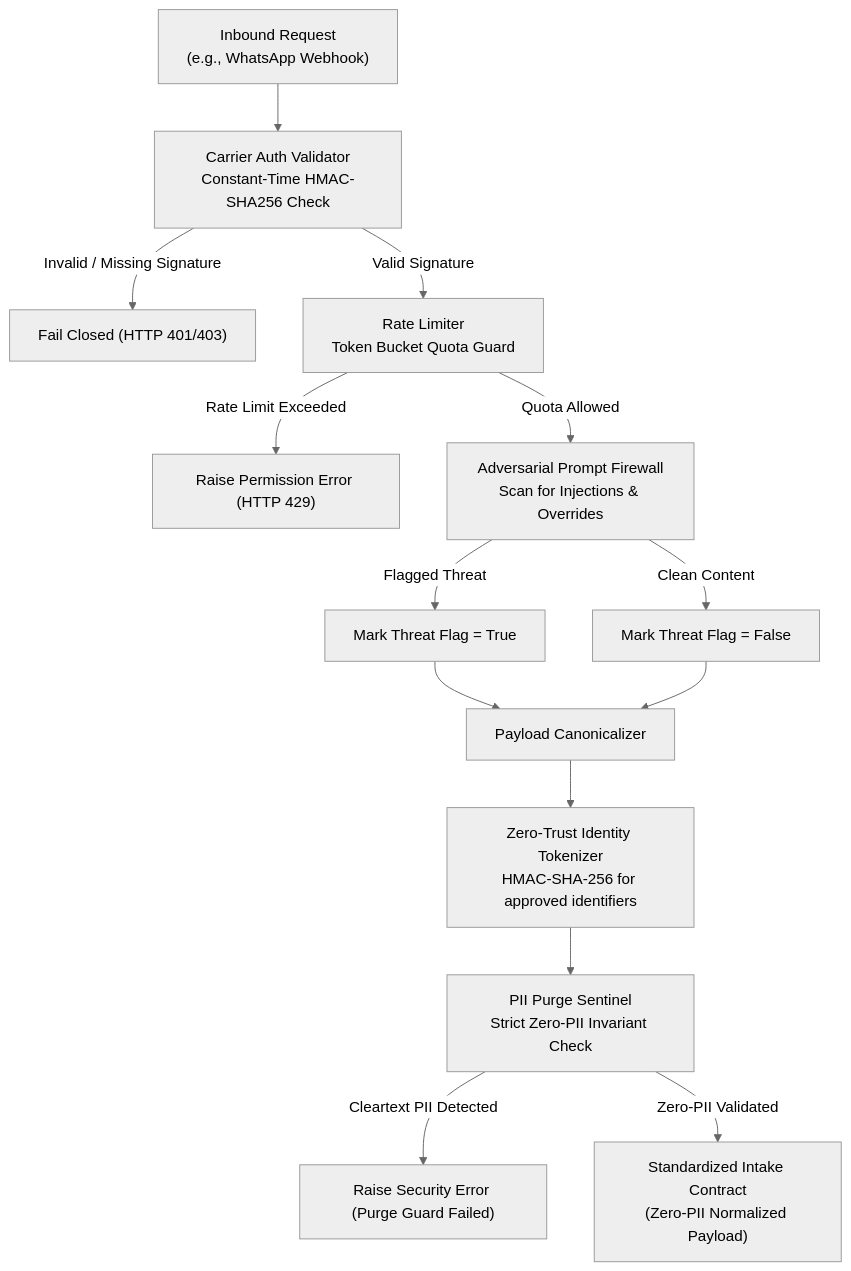
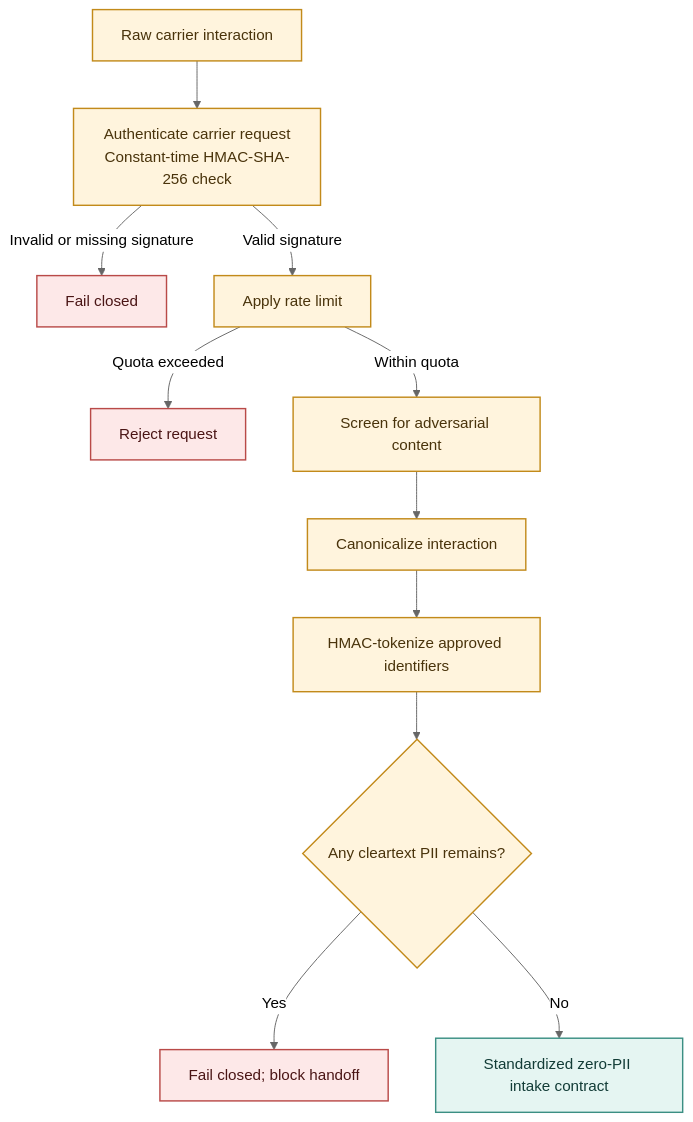
Before and after one commit to gargmishu/agristack-dbt-core: the third of 7 diagrams in docs/end_to_end_code_flow.md, drawn with Mermaid (neutral theme). The commit also changed other lines of this file, not shown here.

````diff
--- a/docs/end_to_end_code_flow.md
+++ b/docs/end_to_end_code_flow.md
@@ -94,16 +115,19 @@
 ```mermaid
 flowchart TD
-    A["Inbound Request<br/>(e.g., WhatsApp Webhook)"] --> B["Carrier Auth Validator<br/>Constant-Time HMAC-SHA256 Check"]
-    B -- "Invalid / Missing Signature" --> B1["Fail Closed (HTTP 401/403)"]
-    B -- "Valid Signature" --> C["Rate Limiter<br/>Token Bucket Quota Guard"]
-    C -- "Rate Limit Exceeded" --> C1["Raise Permission Error (HTTP 429)"]
-    C -- "Quota Allowed" --> D["Adversarial Prompt Firewall<br/>Scan for Injections & Overrides"]
-    D -- "Flagged Threat" --> D1["Mark Threat Flag = True"]
-    D -- "Clean Content" --> D2["Mark Threat Flag = False"]
-    D1 --> E["Payload Canonicalizer"]
-    D2 --> E
-    E --> F["Zero-Trust Identity Tokenizer<br/>HMAC-SHA-256 for approved identifiers"]
-    F --> G["PII Purge Sentinel<br/>Strict Zero-PII Invariant Check"]
-    G -- "Cleartext PII Detected" --> G1["Raise Security Error (Purge Guard Failed)"]
-    G -- "Zero-PII Validated" --> H["Standardized Intake Contract<br/>(Zero-PII Normalized Payload)"]
+    A["Raw carrier interaction"] --> B["Authenticate carrier request<br/>Constant-time HMAC-SHA-256 check"]
+    B -- "Invalid or missing signature" --> B1["Fail closed"]
+    B -- "Valid signature" --> C["Apply rate limit"]
+    C -- "Quota exceeded" --> C1["Reject request"]
+    C -- "Within quota" --> D["Screen for adversarial content"]
+    D --> E["Canonicalize interaction"]
+    E --> F["HMAC-tokenize approved identifiers"]
+    F --> G{"Any cleartext PII remains?"}
+    G -- "Yes" --> G1["Fail closed; block handoff"]
+    G -- "No" --> H["Standardized zero-PII intake contract"]
+    classDef security fill:#fff4dd,stroke:#c28a1a,color:#49330b,stroke-width:1.5px
+    classDef reject fill:#fde8e8,stroke:#b94a48,color:#4a1515,stroke-width:1.5px
+    classDef contract fill:#e5f5f2,stroke:#3b8f83,color:#123c37,stroke-width:1.5px
+    class A,B,C,D,E,F,G security
+    class B1,C1,G1 reject
+    class H contract
 ```
````
